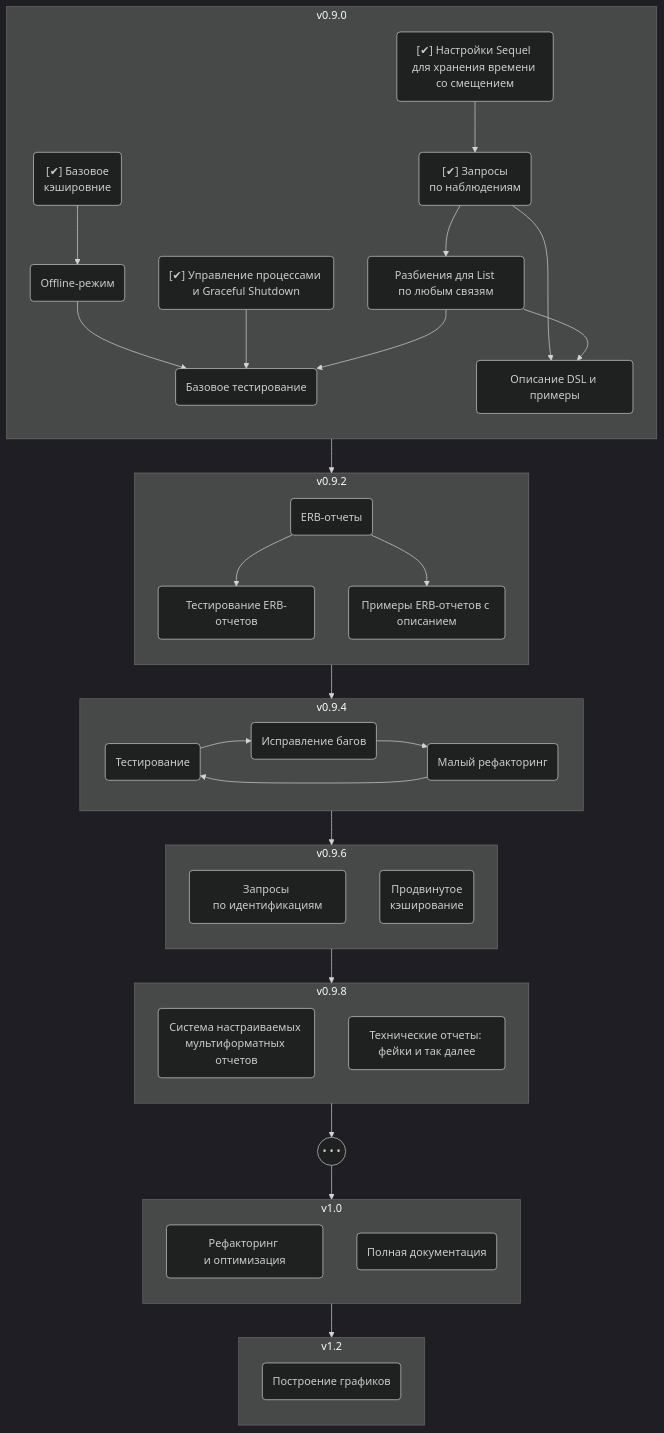
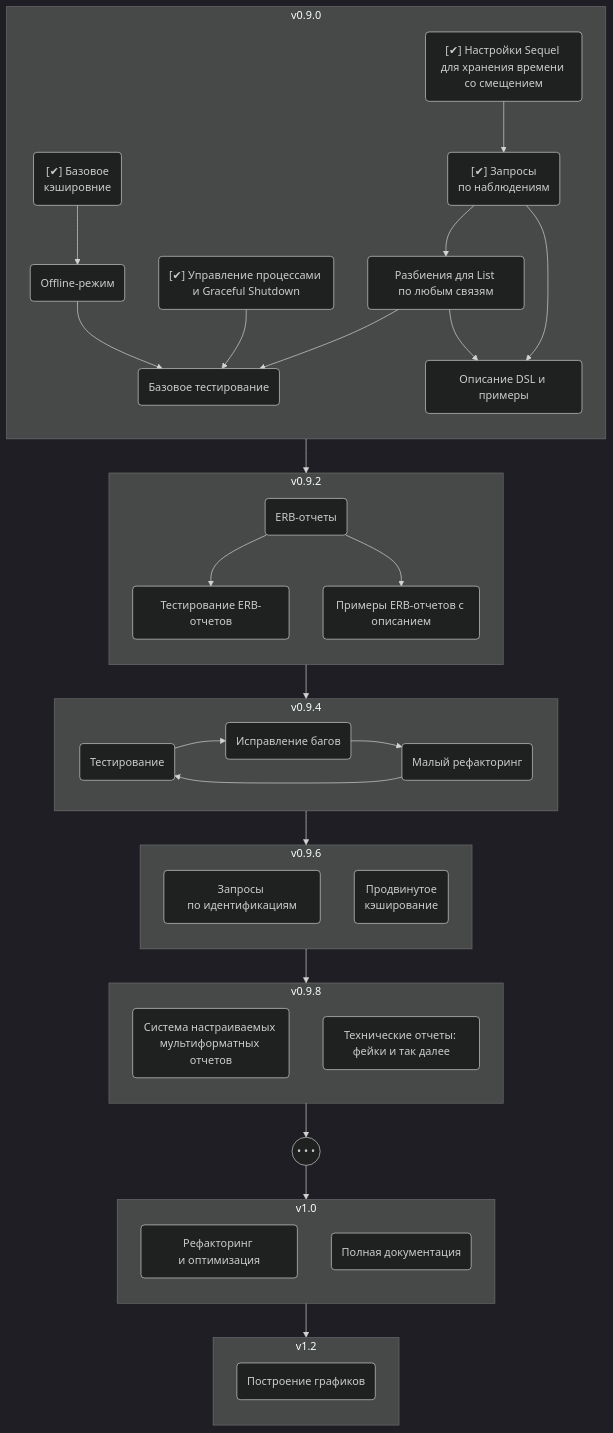
Before and after one commit to inat-get/inat-get: the diagram in share/inat-get/dev-docs/roadmap.md, drawn with Mermaid (dark theme).

Commit message:
minor in roadmap

````diff
--- a/share/inat-get/dev-docs/roadmap.md
+++ b/share/inat-get/dev-docs/roadmap.md
@@ -2,78 +2,78 @@
 ```mermaid
 flowchart TB
 
   subgraph R090 ["v0.9.0"]
     direction TB
     Timing("[✔] Настройки Sequel для хранения времени со смещением")
     Shutdown("[✔] Управление процессами и Graceful Shutdown")
     Observs("[✔] Запросы<br>по наблюдениям")
     Caching("[✔] Базовое<br>кэшировние")
     Lists("Разбиения для List по любым связям")
     Offline("Offline-режим")
     BaseTesting("Базовое тестирование")
     BaseDoc("Описание DSL и примеры")
   end
 
   subgraph R092 ["v0.9.2"]
     direction TB
     ERB("ERB-отчеты")
     ERBTests("Тестирование ERB-отчетов")
     ERBSamples("Примеры ERB-отчетов с описанием")
   end
 
   subgraph R094 ["v0.9.4"]
     direction LR
     Testing("Тестирование")
     Debugging("Исправление багов")
     Ref1("Малый рефакторинг")
   end
 
   subgraph R096 ["v0.9.6"]
     direction TB
     Idents("Запросы по идентификациям")
     AdvCaching("Продвинутое<br>кэширование")
   end
 
   subgraph R098 ["v0.9.8"]
     direction TB
     Reporting("Система настраиваемых мультиформатных отчетов")
     TechReps("Технические отчеты: фейки и так далее")
   end
 
   Smth(("• • •"))
 
   subgraph R100 ["v1.0"]
     direction TB
     Refactoring("Рефакторинг и оптимизация")
     Documenting("Полная документация")
   end
 
   subgraph R120 ["v1.2"]
     direction TB
     Graphics("Построение графиков")
   end
 
   R090 --> R092
   R092 --> R094
   R094 --> R096
   R096 --> R098
   R098 --> Smth
   Smth --> R100
   R100 --> R120
 
   Timing --> Observs
   Caching --> Offline
   Offline --> BaseTesting
   Shutdown --> BaseTesting
   Observs --> Lists
-  Observs --> BaseDoc
+  Lists --> BaseDoc
+Observs --> BaseDoc
   Lists --> BaseTesting
-  Lists --> BaseDoc
-
+  
   ERB --> ERBTests
   ERB --> ERBSamples
 
   Testing --> Debugging
   Debugging --> Ref1
   Ref1 --> Testing
 ```
````
